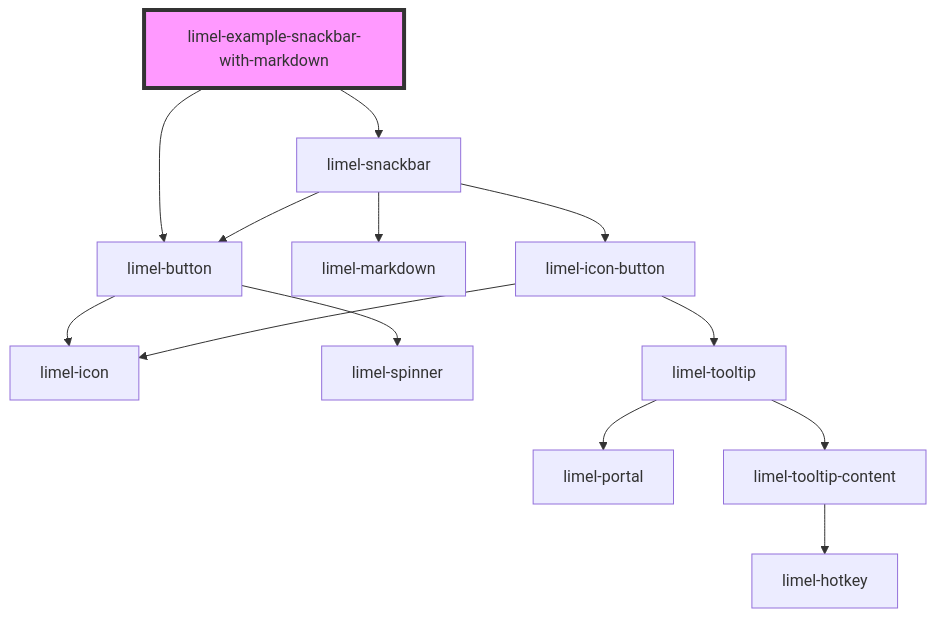
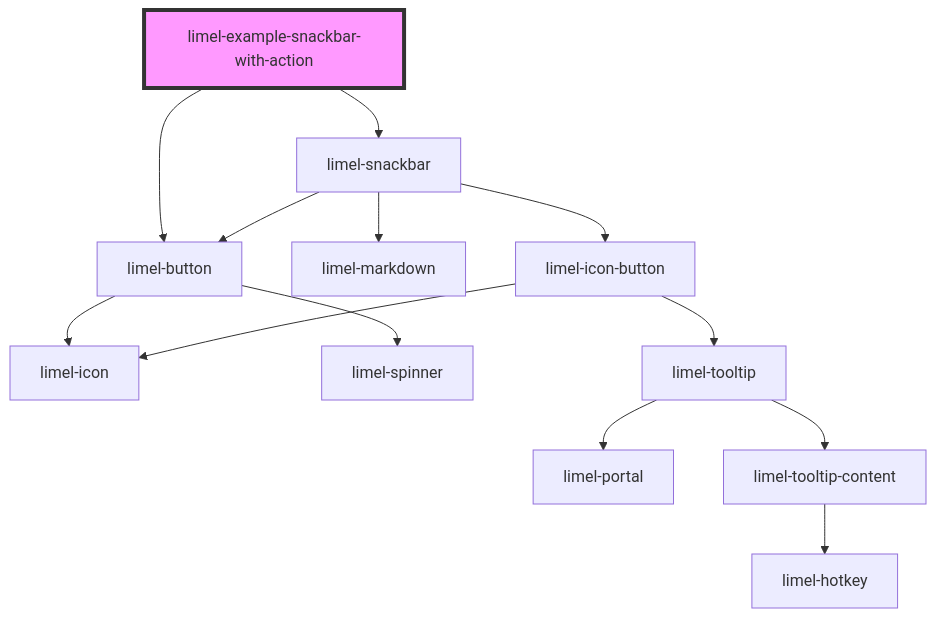
One commit to Lundalogik/lime-elements changed the diagram in versions/PR-4348/markdown-docs/components/snackbar/examples/readme.md. Above: the diagram before and after it, drawn with Mermaid. The commit also changed other lines of this file and 2 other files, not shown here.

````diff
--- a/versions/PR-4348/markdown-docs/components/snackbar/examples/readme.md
+++ b/versions/PR-4348/markdown-docs/components/snackbar/examples/readme.md
@@ -45,16 +27,16 @@
 ```mermaid
 graph TD;
-  limel-example-snackbar-with-markdown --> limel-button
-  limel-example-snackbar-with-markdown --> limel-snackbar
+  limel-example-snackbar-with-action --> limel-button
+  limel-example-snackbar-with-action --> limel-snackbar
   limel-button --> limel-icon
   limel-button --> limel-spinner
   limel-snackbar --> limel-markdown
   limel-snackbar --> limel-button
   limel-snackbar --> limel-icon-button
   limel-icon-button --> limel-icon
   limel-icon-button --> limel-tooltip
   limel-tooltip --> limel-portal
   limel-tooltip --> limel-tooltip-content
   limel-tooltip-content --> limel-hotkey
-  style limel-example-snackbar-with-markdown fill:#f9f,stroke:#333,stroke-width:4px
+  style limel-example-snackbar-with-action fill:#f9f,stroke:#333,stroke-width:4px
 ```
````
